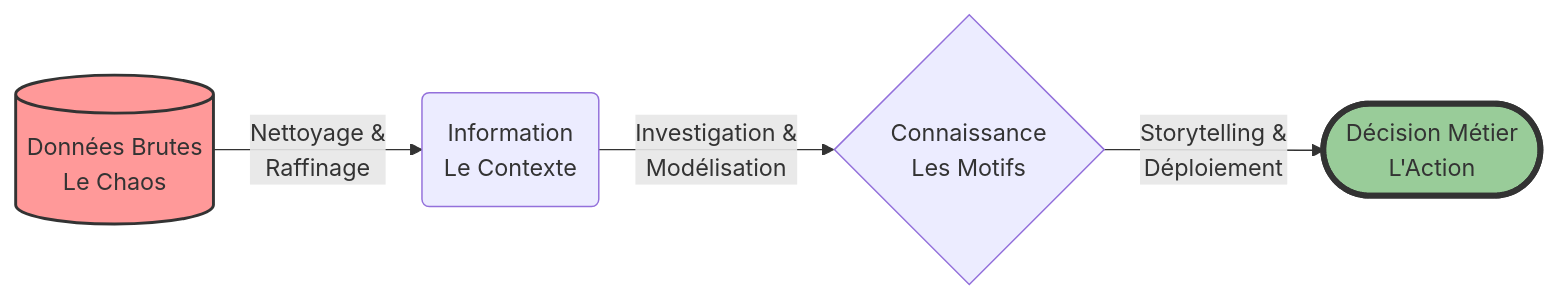
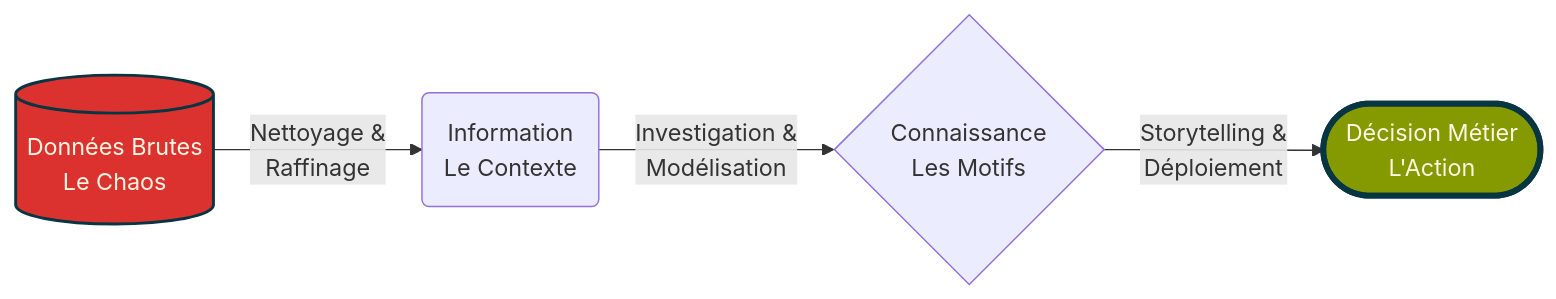
Before and after one commit to aptitek/aptispace-datascience: the diagram in cours/0_intro/_01_demystification.qmd, drawn with Mermaid. The commit also changed 35 other files, not shown here.

````diff
--- a/cours/0_intro/_01_demystification.qmd
+++ b/cours/0_intro/_01_demystification.qmd
@@ -13,10 +13,10 @@
 ```{mermaid}
 flowchart LR
     A[(Données Brutes\nLe Chaos)] -->|Nettoyage & \nRaffinage| B(Information\nLe Contexte)
     B -->|Investigation &\nModélisation| C{Connaissance\nLes Motifs}
     C -->|Storytelling &\nDéploiement| D([Décision Métier\nL'Action])
     
-    style A fill:#ff9999,stroke:#333,stroke-width:2px
-    style D fill:#99cc99,stroke:#333,stroke-width:4px
+    style A fill:#dc322f,stroke:#073642,stroke-width:2px,color:#fdf6e3
+    style D fill:#859900,stroke:#073642,stroke-width:4px,color:#fdf6e3
 
 ```
````
